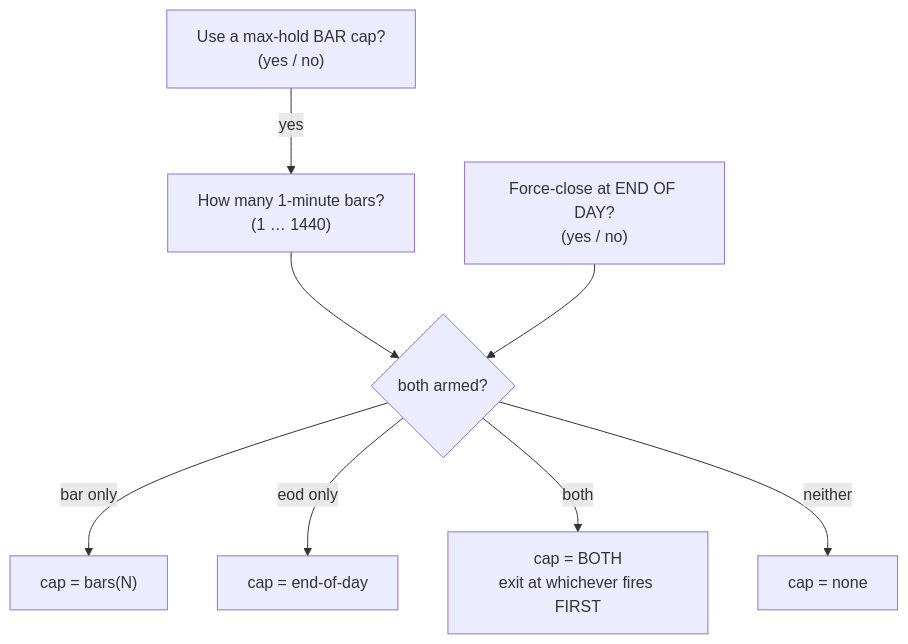
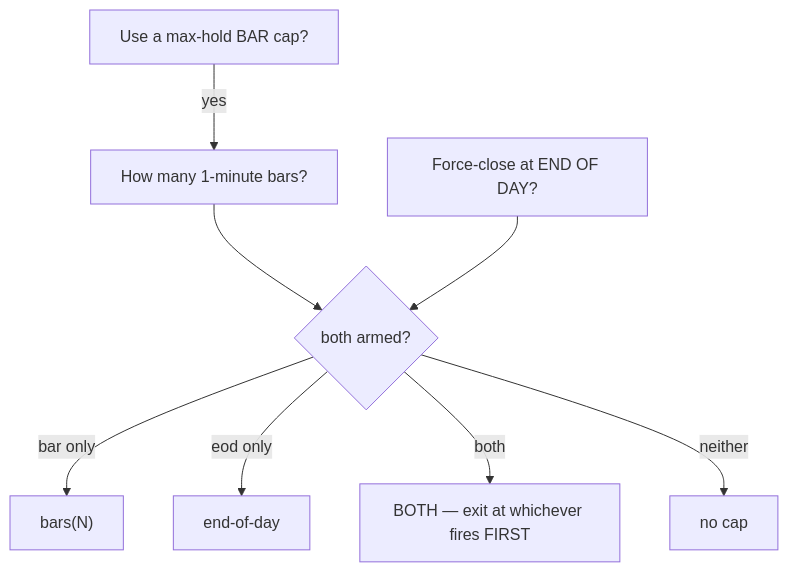
Before and after one commit to mulhamfetna/trading-strategy-finder: the diagram in subprojects/Parametric-Indicators/docs/MEGA_REPORT_CAP_REOPTIMIZATION.md, drawn with Mermaid. The commit also changed other lines of this file and 89 other files, not shown here.

````diff
--- a/subprojects/Parametric-Indicators/docs/MEGA_REPORT_CAP_REOPTIMIZATION.md
+++ b/subprojects/Parametric-Indicators/docs/MEGA_REPORT_CAP_REOPTIMIZATION.md
@@ -29,11 +29,11 @@
 ```mermaid
 flowchart TD
-    Q1["Use a max-hold BAR cap?<br/>(yes / no)"] -->|yes| N["How many 1-minute bars?<br/>(1 … 1440)"]
-    Q2["Force-close at END OF DAY?<br/>(yes / no)"]
+    Q1["Use a max-hold BAR cap?"] -->|yes| N["How many 1-minute bars?"]
+    Q2["Force-close at END OF DAY?"]
     N --> M{"both armed?"}
     Q2 --> M
-    M -->|bar only| B["cap = bars(N)"]
-    M -->|eod only| E["cap = end-of-day"]
-    M -->|both| BO["cap = BOTH<br/>exit at whichever fires FIRST"]
-    M -->|neither| NO["cap = none"]
+    M -->|bar only| B["bars(N)"]
+    M -->|eod only| E["end-of-day"]
+    M -->|both| BO["BOTH — exit at whichever fires FIRST"]
+    M -->|neither| NO["no cap"]
 ```
````
